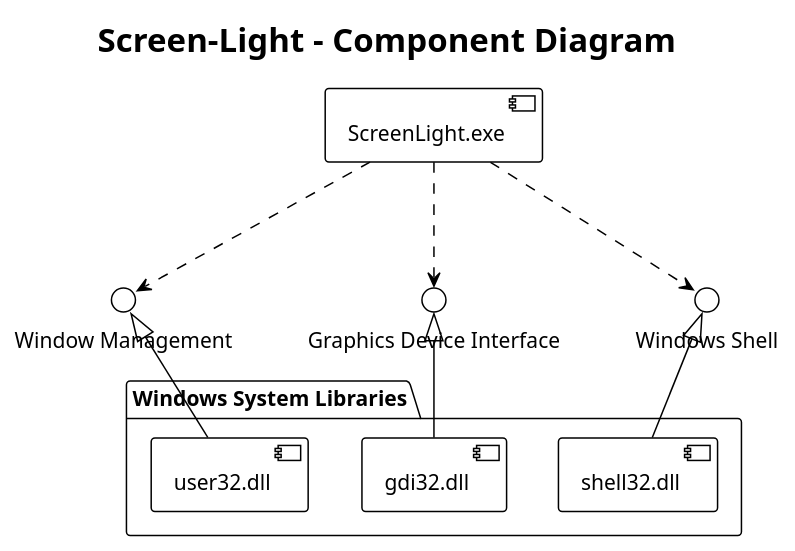
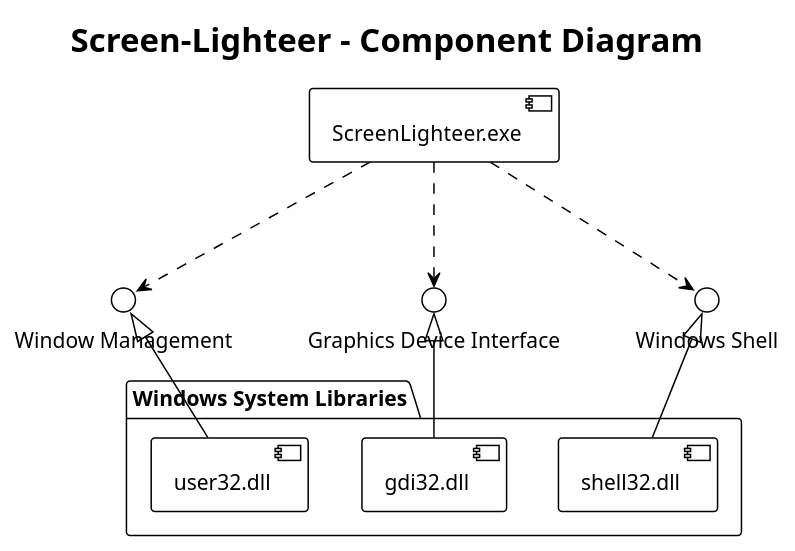
Before and after one commit to CosmicDNA/screen-light: the diagram in diagrams/component.plantuml, drawn with PlantUML. The commit also changed 21 other files, not shown here.

Commit message:
:art: rebrand to Screen Lighteer.

```diff
--- a/diagrams/component.plantuml
+++ b/diagrams/component.plantuml
@@ -1,27 +1,27 @@
 @startuml
 !theme plain
-title Screen-Light - Component Diagram
+title Screen-Lighteer - Component Diagram
 
 skinparam componentStyle uml2
 
-[ScreenLight.exe] as App
+[ScreenLighteer.exe] as App
 
 package "Windows System Libraries" {
   [user32.dll] as User32
   [gdi32.dll] as Gdi32
   [shell32.dll] as Shell32
 }
 
 interface "Window Management" as IWin
 interface "Graphics Device Interface" as IGDI
 interface "Windows Shell" as IShell
 
 App ..> IWin
 App ..> IGDI
 App ..> IShell
 
 IWin <|-- User32
 IGDI <|-- Gdi32
 IShell <|-- Shell32
 
 @enduml
```
